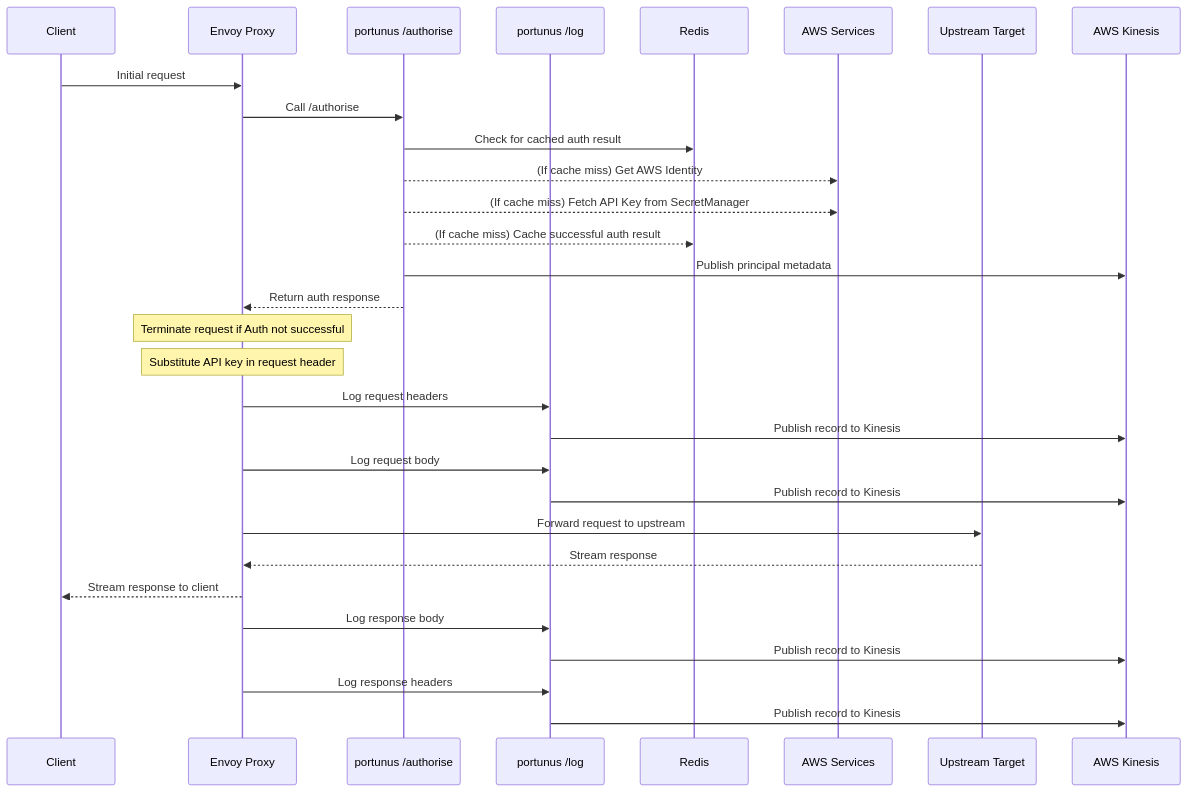
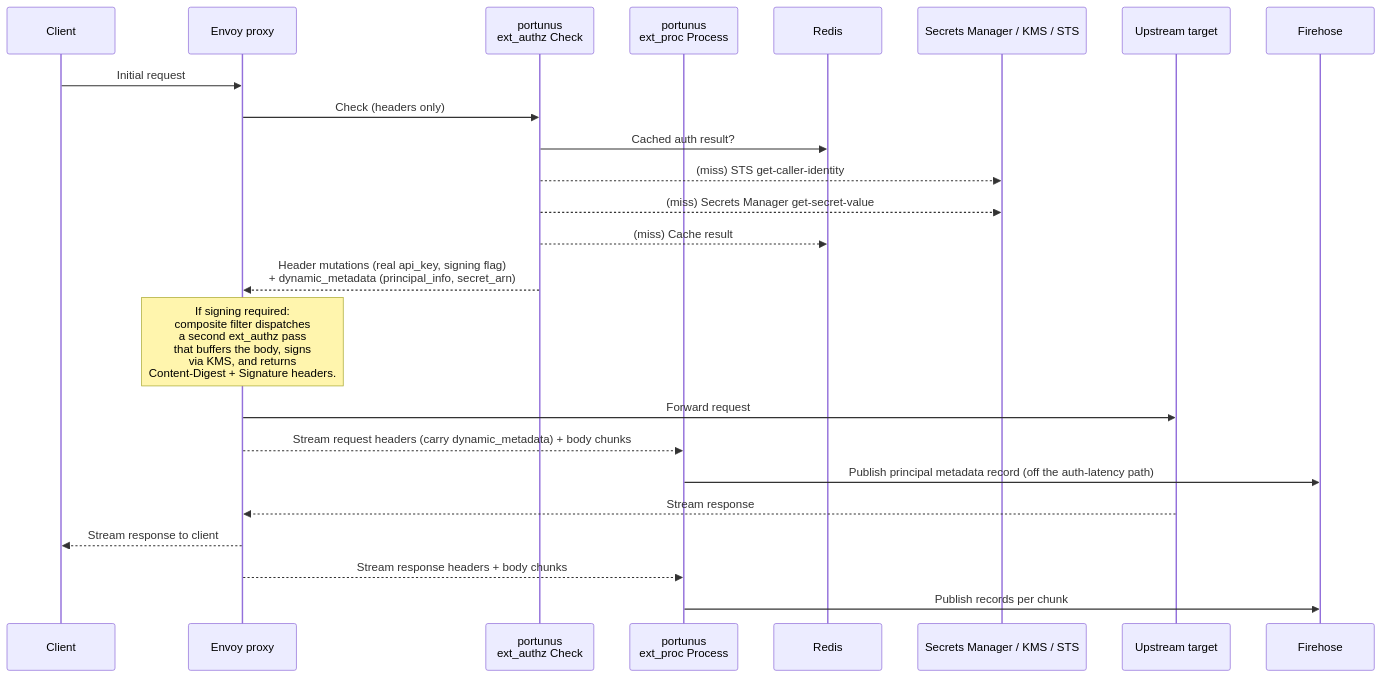
Before and after one commit to AI-Safety-Institute/portunus: the diagram in README.md, drawn with Mermaid. The commit also changed other lines of this file and 68 other files, not shown here.

First line of the commit message:
feat: Envoy-gRPC cutover — retire the REST/Lua path, run Portunus as an Envoy gRPC sidecar

````diff
--- a/README.md
+++ b/README.md
@@ -31,43 +27,29 @@
 ```mermaid
 sequenceDiagram
     participant Client
-    participant Envoy as Envoy Proxy
-    participant Auth as portunus /authorise
-    participant Portunus as portunus /log
+    participant Envoy as Envoy proxy
+    participant Auth as portunus<br/>ext_authz Check
+    participant Proc as portunus<br/>ext_proc Process
     participant Redis
-    participant AWS as AWS Services
-    participant Target as Upstream Target
-    participant Kinesis as AWS Kinesis
+    participant AWS as Secrets Manager / KMS / STS
+    participant Target as Upstream target
+    participant Firehose
 
     Client->>Envoy: Initial request
+    Envoy->>Auth: Check (headers only)
+    Auth->>Redis: Cached auth result?
+    Auth-->>AWS: (miss) STS get-caller-identity
+    Auth-->>AWS: (miss) Secrets Manager get-secret-value
+    Auth-->>Redis: (miss) Cache result
+    Auth-->>Envoy: Header mutations (real api_key, signing flag)<br/>+ dynamic_metadata (principal_info, secret_arn)
 
-    Envoy->>Auth: Call /authorise
-    Auth->>Redis: Check for cached auth result
+    Note over Envoy: If signing required:<br/>composite filter dispatches<br/>a second ext_authz pass<br/>that buffers the body, signs<br/>via KMS, and returns<br/>Content-Digest + Signature headers.
 
-    Auth-->>AWS: (If cache miss) Get AWS Identity
-    Auth-->>AWS: (If cache miss) Fetch API Key from SecretManager
-    Auth-->>Redis: (If cache miss) Cache successful auth result
-
-    Auth->>Kinesis: Publish principal metadata
-    Auth-->>Envoy: Return auth response
-
-    Note over Envoy: Terminate request if Auth not successful
-    Note over Envoy: Substitute API key in request header
-
-    Envoy->>Portunus: Log request headers
-    Portunus->>Kinesis: Publish record to Kinesis
-
-    Envoy->>Portunus: Log request body
-    Portunus->>Kinesis: Publish record to Kinesis
-
-    Envoy->>Target: Forward request to upstream
-
+    Envoy->>Target: Forward request
+    Envoy-->>Proc: Stream request headers (carry dynamic_metadata) + body chunks
+    Proc->>Firehose: Publish principal metadata record (off the auth-latency path)
     Target-->>Envoy: Stream response
     Envoy-->>Client: Stream response to client
-
-    Envoy->>Portunus: Log response body
-    Portunus->>Kinesis: Publish record to Kinesis
-
-    Envoy->>Portunus: Log response headers
-    Portunus->>Kinesis: Publish record to Kinesis
+    Envoy-->>Proc: Stream response headers + body chunks
+    Proc->>Firehose: Publish records per chunk
 ```
````
